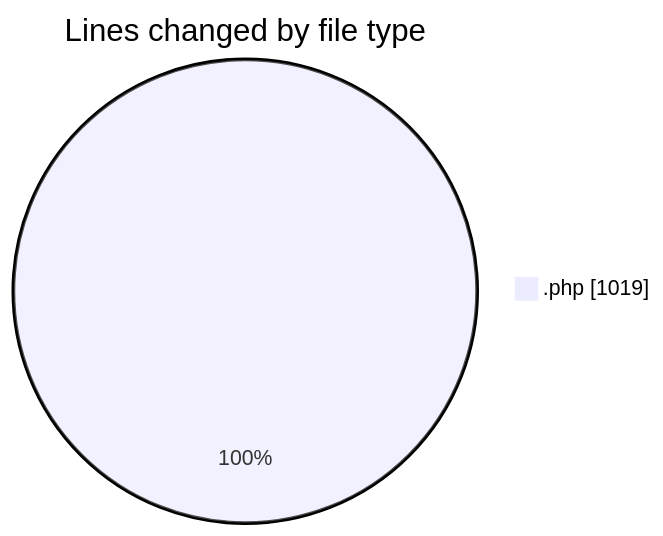
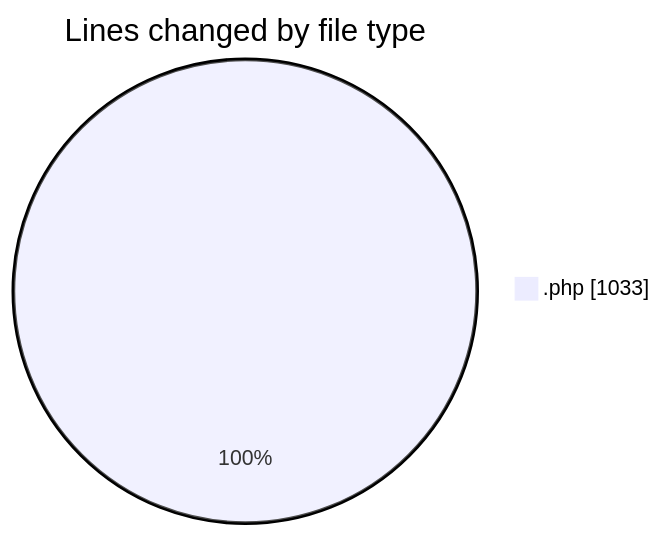
One commit to debugP/code-tracking changed the first of 2 diagrams in 2025-09-25/plugins/README.md. Above: the diagram before and after it, drawn with Mermaid. The commit also changed other lines of this file and 1 other file, not shown here.

````diff
--- a/2025-09-25/plugins/README.md
+++ b/2025-09-25/plugins/README.md
@@ -20,5 +20,5 @@
 ```mermaid
 pie showData
 title Lines changed by file type
-".php" : 1019
+".php" : 1033
 ```
````
